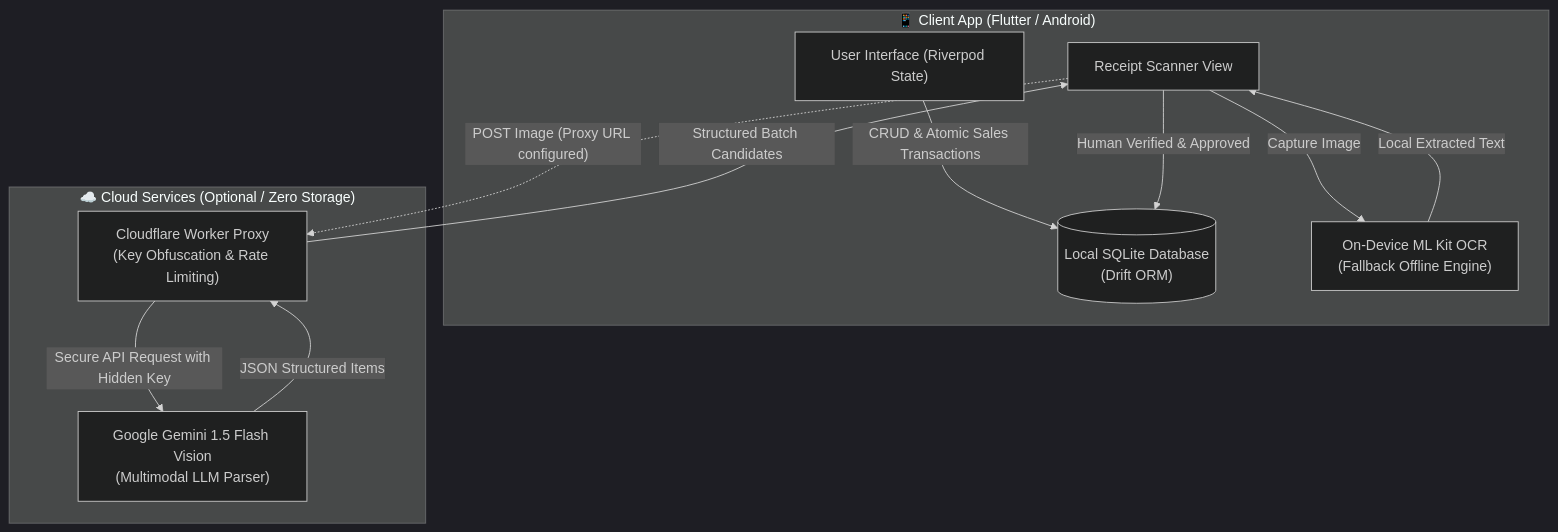
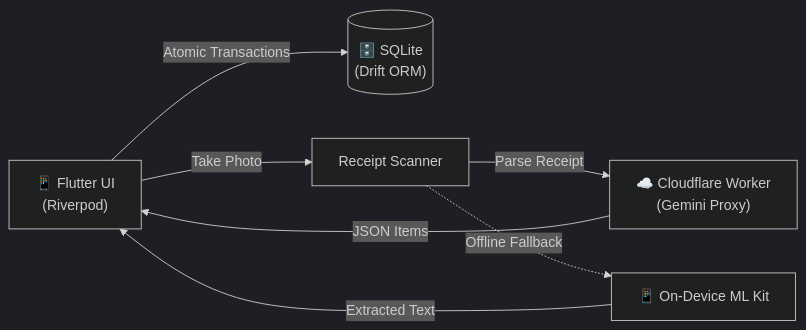
One commit to manalogadiel/issa changed the diagram in README.md. Above: the diagram before and after it, drawn with Mermaid (dark theme). The commit also changed other lines of this file and 1 other file, not shown here.

````diff
--- a/README.md
+++ b/README.md
@@ -59,23 +42,9 @@
 ```mermaid
-flowchart TB
-    subgraph Device ["📱 Client App (Flutter / Android)"]
-        UI["User Interface (Riverpod State)"]
-        Scanner["Receipt Scanner View"]
-        DB[("Local SQLite Database\n(Drift ORM)")]
-        MLKit["On-Device ML Kit OCR\n(Fallback Offline Engine)"]
-    end
-
-    subgraph Cloud ["☁️ Cloud Services (Optional / Zero Storage)"]
-        CF["Cloudflare Worker Proxy\n(Key Obfuscation & Rate Limiting)"]
-        Gemini["Google Gemini 1.5 Flash Vision\n(Multimodal LLM Parser)"]
-    end
-
-    UI -->|"CRUD & Atomic Sales Transactions"| DB
-    Scanner -->|"Capture Image"| MLKit
-    Scanner -.->|"POST Image (Proxy URL configured)"| CF
-    CF -->|"Secure API Request with Hidden Key"| Gemini
-    Gemini -->|"JSON Structured Items"| CF
-    CF -->|"Structured Batch Candidates"| Scanner
-    MLKit -->|"Local Extracted Text"| Scanner
-    Scanner -->|"Human Verified & Approved"| DB
+flowchart LR
+    UI["📱 Flutter UI\n(Riverpod)"] -->|"Atomic Transactions"| DB[("🗄️ SQLite\n(Drift ORM)")]
+    UI -->|"Take Photo"| Scanner["Receipt Scanner"]
+    Scanner -->|"Parse Receipt"| CF["☁️ Cloudflare Worker\n(Gemini Proxy)"]
+    Scanner -.->|"Offline Fallback"| MLKit["📱 On-Device ML Kit"]
+    CF -->|"JSON Items"| UI
+    MLKit -->|"Extracted Text"| UI
 ```
````
